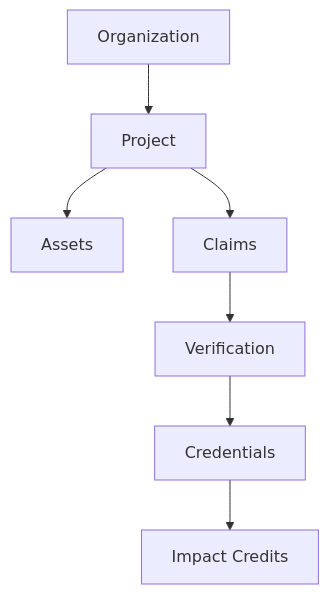
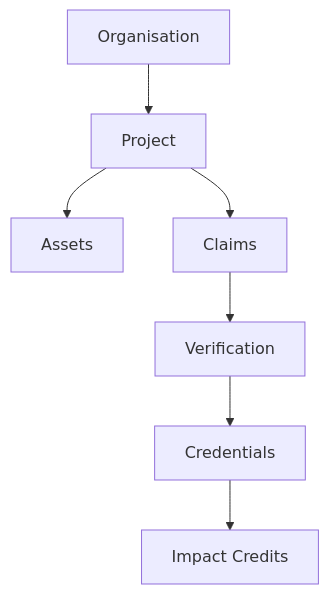
Before and after one commit to ixoworld/docs: the diagram in platforms/Emerging/energy-systems.mdx, drawn with Mermaid. The commit also changed other lines of this file and 35 other files, not shown here.

````diff
--- a/platforms/Emerging/energy-systems.mdx
+++ b/platforms/Emerging/energy-systems.mdx
@@ -31,9 +31,9 @@
 ```mermaid
 graph TD
-    A[Organization] --> B[Project]
+    A[Organisation] --> B[Project]
     B --> C[Assets]
     B --> D[Claims]
     D --> E[Verification]
     E --> F[Credentials]
     F --> G[Impact Credits]
 ```
````
